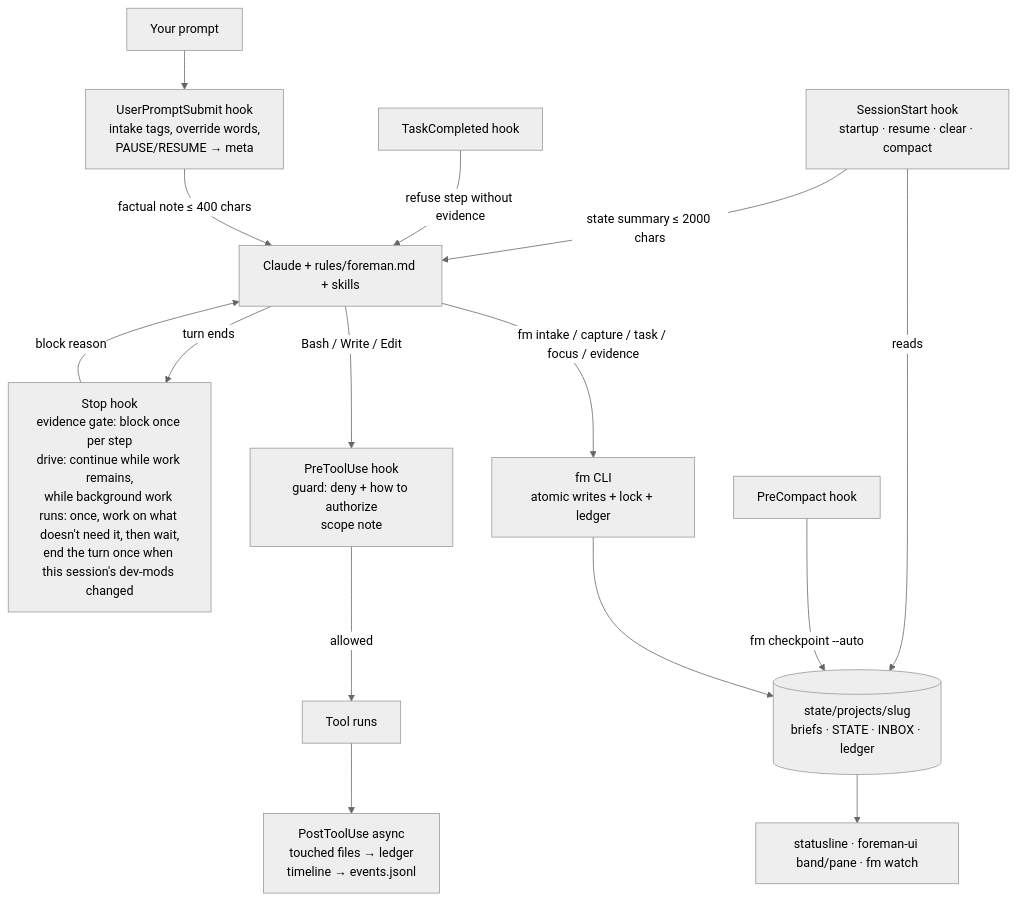
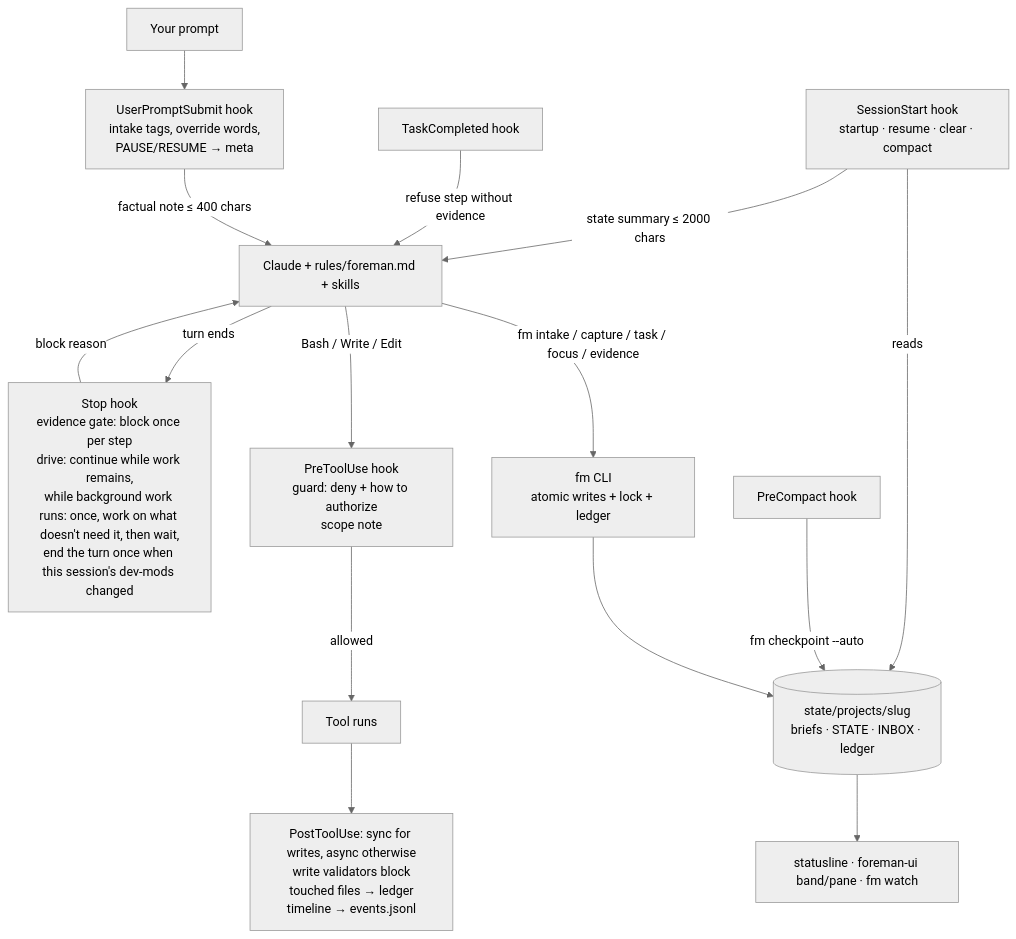
Before and after one commit to ChaseSunstrom/foreman: the diagram in MASTER.md, drawn with Mermaid (neutral theme). The commit also changed other lines of this file and 6 other files, not shown here.

First line of the commit message:
Enforce: write validators block until fixed (stack cards, JSON, Python, skill/agent frontmatter, fm check onwrite); PostToolUse sync for file tools (T-0947)

````diff
--- a/MASTER.md
+++ b/MASTER.md
@@ -107,17 +107,17 @@
 ```mermaid
 flowchart TD
     U[Your prompt] --> UPS[UserPromptSubmit hook<br/>intake tags, override words,<br/>PAUSE/RESUME → meta]
     UPS -->|factual note ≤ 400 chars| C[Claude + rules/foreman.md + skills]
     C -->|fm intake / capture / task / focus / evidence| FM[fm CLI<br/>atomic writes + lock + ledger]
     FM --> ST[(state/projects/slug<br/>briefs · STATE · INBOX · ledger)]
     C -->|Bash / Write / Edit| PTU[PreToolUse hook<br/>guard: deny + how to authorize<br/>scope note]
     PTU -->|allowed| T[Tool runs]
-    T --> POST[PostToolUse async<br/>touched files → ledger<br/>timeline → events.jsonl]
+    T --> POST[PostToolUse: sync for writes, async otherwise<br/>write validators block<br/>touched files → ledger<br/>timeline → events.jsonl]
     C -->|turn ends| STOP[Stop hook<br/>evidence gate: block once per step<br/>drive: continue while work remains,<br/>while background work runs: once, work on what doesn't need it, then wait,<br/>end the turn once when this session's dev-mods changed]
     STOP -->|block reason| C
     TC[TaskCompleted hook] -->|refuse step without evidence| C
     PC[PreCompact hook] -->|fm checkpoint --auto| ST
     SS[SessionStart hook<br/>startup · resume · clear · compact] -->|reads| ST
     SS -->|state summary ≤ 2000 chars| C
     ST --> SL[statusline · foreman-ui band/pane · fm watch]
 ```
````
